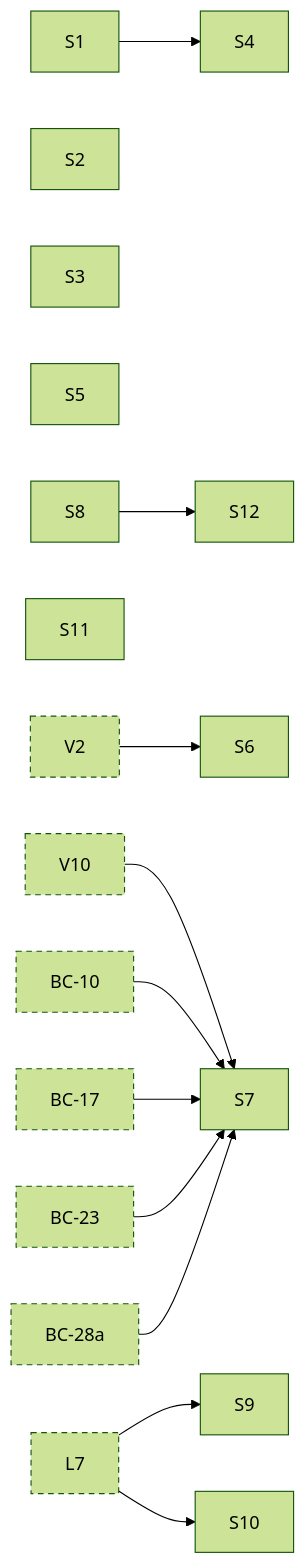
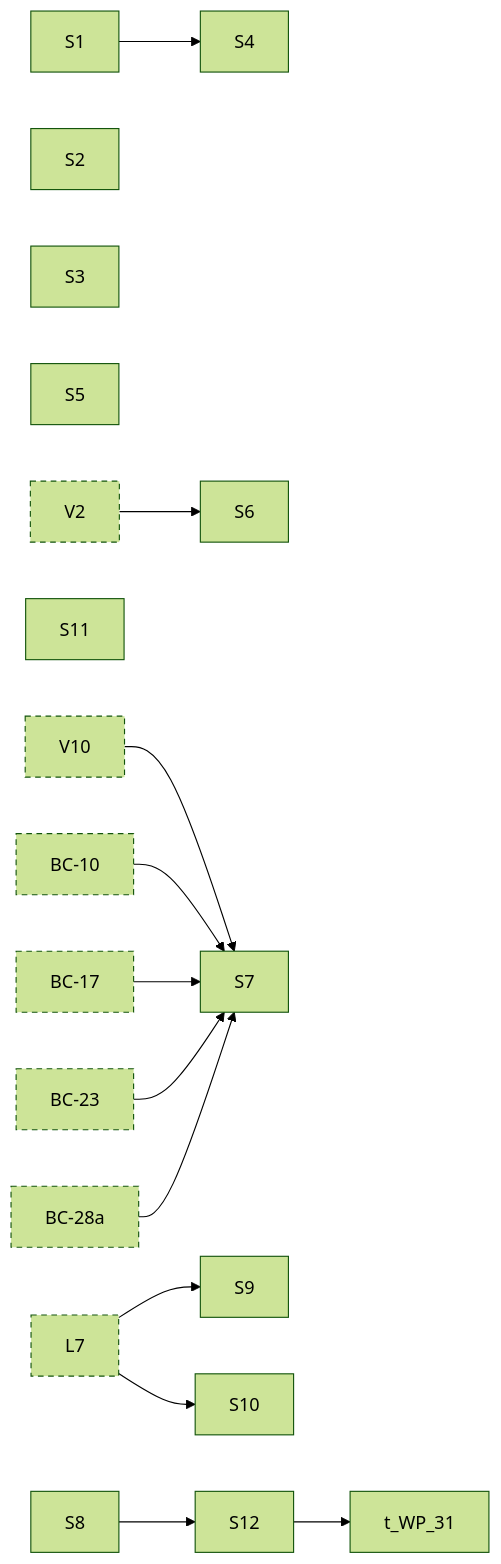
The second of 11 diagrams in docs/superpowers/plans/2026-10-13-phase-2/dependencies.md (jhoblitt/rgw-go), drawn with Mermaid (forest theme) before and after one commit. The commit also changed other lines of this file and 2 other files, not shown here.

````diff
--- a/docs/superpowers/plans/2026-10-13-phase-2/dependencies.md
+++ b/docs/superpowers/plans/2026-10-13-phase-2/dependencies.md
@@ -55,52 +55,53 @@
 ```mermaid
 flowchart LR
   t_S1["S1"]
   t_S2["S2"]
   t_S3["S3"]
   t_S4["S4"]
   t_S5["S5"]
   t_S6["S6"]
   t_S7["S7"]
   t_S8["S8"]
   t_S9["S9"]
   t_S10["S10"]
   t_S11["S11"]
   t_S12["S12"]
   t_V2["V2"]:::ext
   t_V10["V10"]:::ext
   t_BC_10["BC-10"]:::ext
   t_BC_17["BC-17"]:::ext
   t_BC_23["BC-23"]:::ext
   t_BC_28a["BC-28a"]:::ext
   t_L7["L7"]:::ext
   t_S1 --> t_S4
   t_V2 --> t_S6
   t_V10 --> t_S7
   t_BC_10 --> t_S7
   t_BC_17 --> t_S7
   t_BC_23 --> t_S7
   t_BC_28a --> t_S7
   t_L7 --> t_S9
   t_L7 --> t_S10
   t_S8 --> t_S12
+  t_S12 --> t_WP_31
   click t_S1 href "https://github.com/jhoblitt/rgw-go/blob/main/docs/superpowers/plans/2026-10-13-phase-2/00-index.md#task-s1-fakeradoss-rgw-class-as-method-tables" "S1: fakerados's rgw class as method tables"
   click t_S2 href "https://github.com/jhoblitt/rgw-go/blob/main/docs/superpowers/plans/2026-10-13-phase-2/00-index.md#task-s2-route-sets-per-feature-and-the-env-slots" "S2: route sets per feature and the Env slots"
   click t_S3 href "https://github.com/jhoblitt/rgw-go/blob/main/docs/superpowers/plans/2026-10-13-phase-2/00-index.md#task-s3-one-aws-correct-ispublic" "S3: one AWS-correct IsPublic"
   click t_S4 href "https://github.com/jhoblitt/rgw-go/blob/main/docs/superpowers/plans/2026-10-13-phase-2/00-index.md#task-s4-fakerados-refuses-an-unregistered-class-method-at-op-setup" "S4: fakerados refuses an unregistered class method at op setup"
   click t_S5 href "https://github.com/jhoblitt/rgw-go/blob/main/docs/superpowers/plans/2026-10-13-phase-2/00-index.md#task-s5-ignorepublicacls-ignores-swifts-public-container-grants" "S5: IgnorePublicAcls ignores Swift's public container grants"
   click t_S6 href "https://github.com/jhoblitt/rgw-go/blob/main/docs/superpowers/plans/2026-10-13-phase-2/00-index.md#task-s6-one-choose_from" "S6: one choose_from"
   click t_S7 href "https://github.com/jhoblitt/rgw-go/blob/main/docs/superpowers/plans/2026-10-13-phase-2/00-index.md#task-s7-one-schema-scanner-for-s3-xml-request-bodies" "S7: one schema scanner for S3 XML request bodies"
   click t_S8 href "https://github.com/jhoblitt/rgw-go/blob/main/docs/superpowers/plans/2026-10-13-phase-2/00-index.md#task-s8-a-deny-that-names-notaction-refuses-every-action-it-does-not-name" "S8: a Deny that names NotAction refuses every action it does not name"
   click t_S9 href "https://github.com/jhoblitt/rgw-go/blob/main/docs/superpowers/plans/2026-10-13-phase-2/00-index.md#task-s9-a-denys-condition-holds-where-amazon-s3s-or-radosgws-evaluation-holds" "S9: a Deny's condition holds where Amazon S3's or radosgw's evaluation holds"
   click t_S10 href "https://github.com/jhoblitt/rgw-go/blob/main/docs/superpowers/plans/2026-10-13-phase-2/00-index.md#task-s10-a-denys-condition-key-names-match-without-regard-to-case" "S10: a Deny's condition key names match without regard to case"
   click t_S11 href "https://github.com/jhoblitt/rgw-go/blob/main/docs/superpowers/plans/2026-10-13-phase-2/00-index.md#task-s11-a-bound-on-an-xml-request-bodys-elements-and-depth" "S11: a bound on an XML request body's elements and depth"
   click t_S12 href "https://github.com/jhoblitt/rgw-go/blob/main/docs/superpowers/plans/2026-10-13-phase-2/00-index.md#task-s12-the-object-writes-authorize-the-acl-and-tags-they-set-as-amazon-s3-does" "S12: the object writes authorize the ACL and tags they set as Amazon S3 does"
   click t_V2 href "https://github.com/jhoblitt/rgw-go/blob/main/docs/superpowers/plans/2026-10-13-phase-2/V-versioning.md#task-v2-meta-olh-head-types-and-bucket-helpers" "V2: meta OLH head types and bucket helpers"
   click t_V10 href "https://github.com/jhoblitt/rgw-go/blob/main/docs/superpowers/plans/2026-10-13-phase-2/V-versioning.md#task-v10-op-and-s3-putbucketversioning-and-getbucketversioning" "V10: op and s3, PutBucketVersioning and GetBucketVersioning"
   click t_BC_10 href "https://github.com/jhoblitt/rgw-go/blob/main/docs/superpowers/plans/2026-10-13-phase-2/B-bucket-config.md#task-bc-10-website-semantics-and-xml" "BC-10: Website semantics and XML"
   click t_BC_17 href "https://github.com/jhoblitt/rgw-go/blob/main/docs/superpowers/plans/2026-10-13-phase-2/B-bucket-config.md#task-bc-17-block-xml" "BC-17: Block XML"
   click t_BC_23 href "https://github.com/jhoblitt/rgw-go/blob/main/docs/superpowers/plans/2026-10-13-phase-2/B-bucket-config.md#task-bc-23-encryption-configuration-type" "BC-23: Encryption configuration type"
   click t_BC_28a href "https://github.com/jhoblitt/rgw-go/blob/main/docs/superpowers/plans/2026-10-13-phase-2/B-bucket-config.md#task-bc-28a-ownership-type" "BC-28a: Ownership type"
   click t_L7 href "https://github.com/jhoblitt/rgw-go/blob/main/docs/superpowers/plans/2026-10-13-phase-2/L-object-lock.md#task-l7-a-policys-object-lock-condition-keys-constrain-the-lock-a-request-sets" "L7: a policy's object-lock condition keys constrain the lock a request sets"
   classDef ext stroke-dasharray: 5 4
 ```
````
